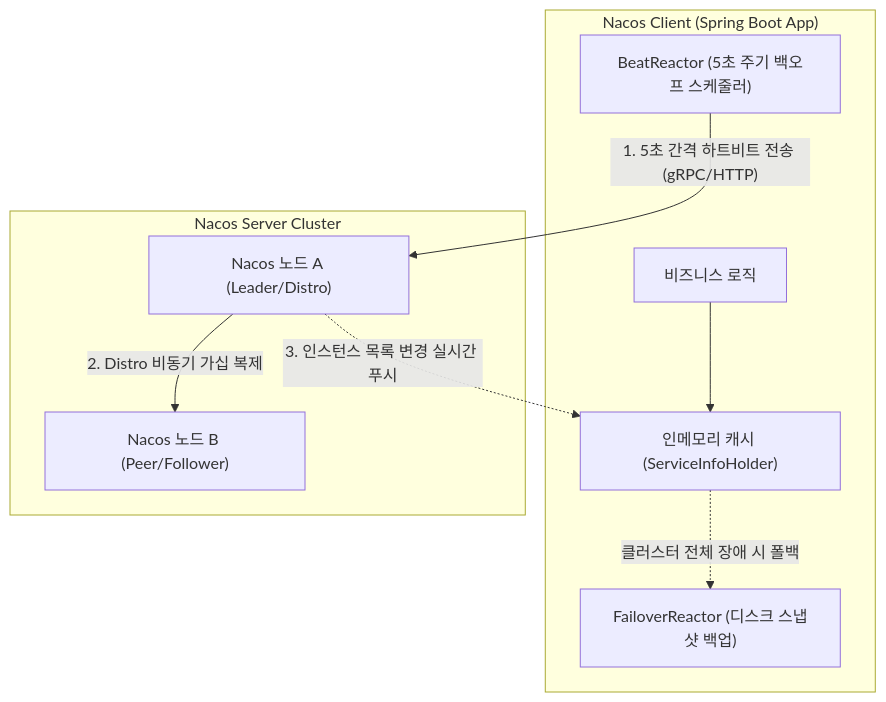
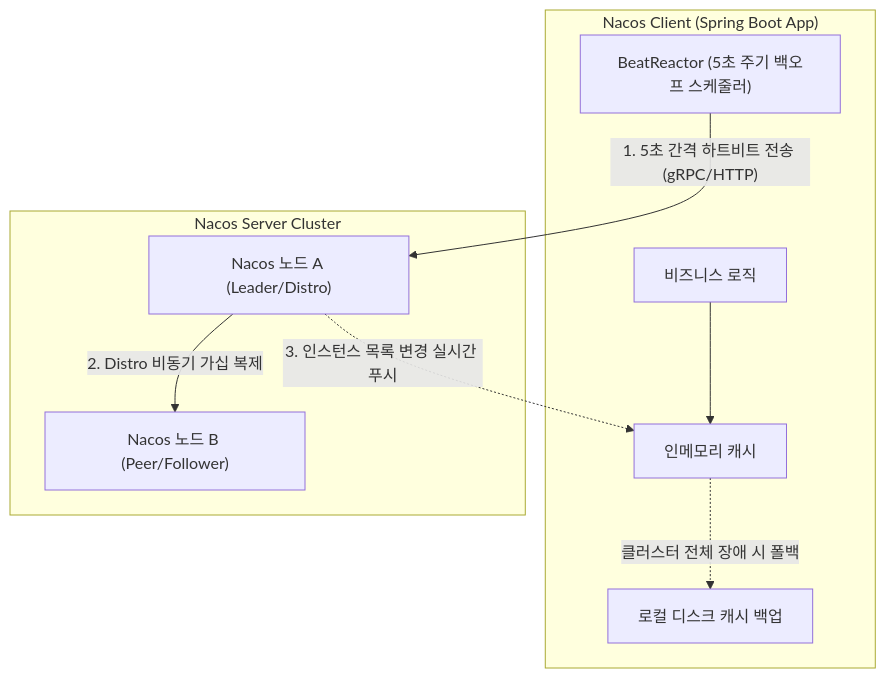
The third of 7 diagrams in src/content/posts/nacos-architecture-and-internals.md (studylida/studylida.github.io), drawn with Mermaid before and after one commit. The commit also changed other lines of this file and 4 other files, not shown here.

````diff
--- a/src/content/posts/nacos-architecture-and-internals.md
+++ b/src/content/posts/nacos-architecture-and-internals.md
@@ -98,20 +99,20 @@
 ```mermaid
 flowchart TD
     subgraph Client ["Nacos Client (Spring Boot App)"]
         APP["비즈니스 로직"]
-        CACHE["인메모리 캐시 (ServiceInfoHolder)"]
+        CACHE["인메모리 캐시"]
         BEAT["BeatReactor (5초 주기 백오프 스케줄러)"]
-        FAILOVER["FailoverReactor (디스크 스냅샷 백업)"]
+        FAILOVER["로컬 디스크 캐시 백업"]
     end
 
     subgraph Cluster ["Nacos Server Cluster"]
         NODE_A["Nacos 노드 A (Leader/Distro)"]
         NODE_B["Nacos 노드 B (Peer/Follower)"]
     end
 
     BEAT -- "1. 5초 간격 하트비트 전송 (gRPC/HTTP)" --> NODE_A
     NODE_A -- "2. Distro 비동기 가십 복제" --> NODE_B
     NODE_A -. "3. 인스턴스 목록 변경 실시간 푸시" .-> CACHE
     APP --> CACHE
     CACHE -. "클러스터 전체 장애 시 폴백" .-> FAILOVER
 ```
````
